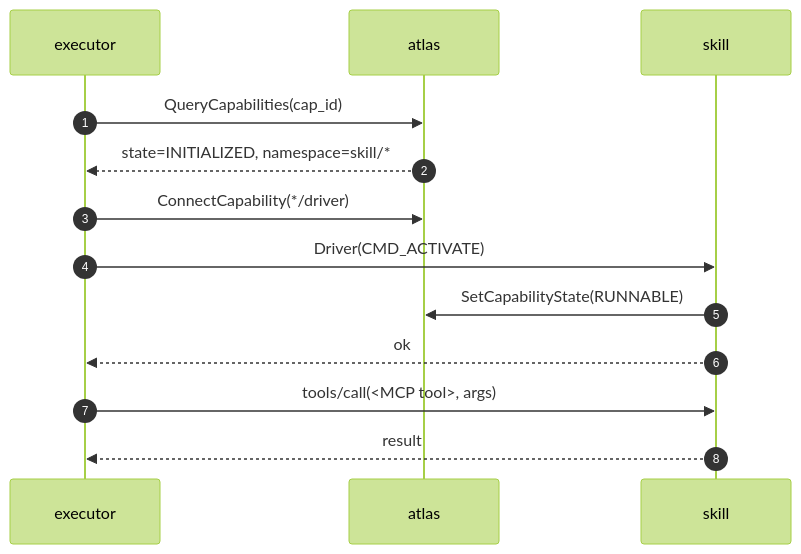
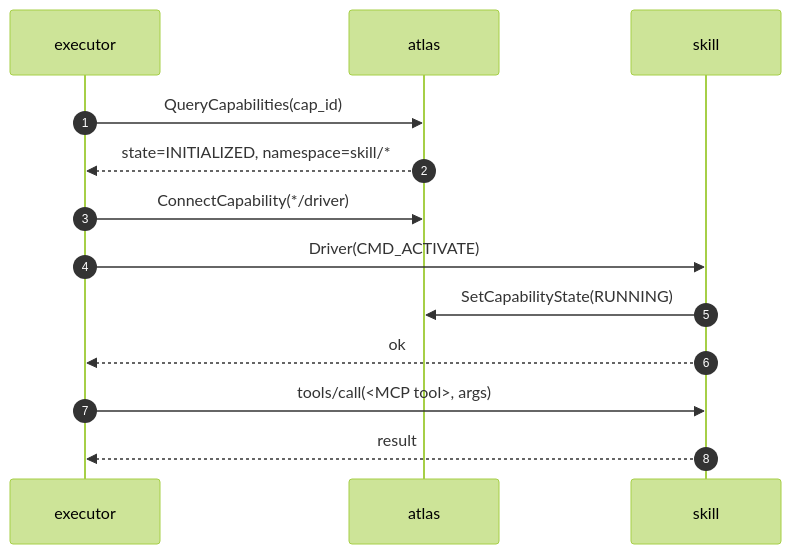
One commit to syswonder/robonix-book changed the third of 3 diagrams in src/architecture/cap-lifecycle.md. Above: the diagram before and after it, drawn with Mermaid (forest theme). The commit also changed other lines of this file, not shown here.

First line of the commit message:
v0.1.2: rename RUNNABLE → RUNNING; switch lifecycle examples to Result type

````diff
--- a/src/architecture/cap-lifecycle.md
+++ b/src/architecture/cap-lifecycle.md
@@ -93,16 +93,16 @@
 ```mermaid
 sequenceDiagram
     autonumber
     participant E as executor
     participant A as atlas
     participant S as skill
 
     E->>A: QueryCapabilities(cap_id)
     A-->>E: state=INITIALIZED, namespace=skill/*
     E->>A: ConnectCapability(*/driver)
     E->>S: Driver(CMD_ACTIVATE)
-    S->>A: SetCapabilityState(RUNNABLE)
+    S->>A: SetCapabilityState(RUNNING)
     S-->>E: ok
     E->>S: tools/call(<MCP tool>, args)
     S-->>E: result
 ```
````
